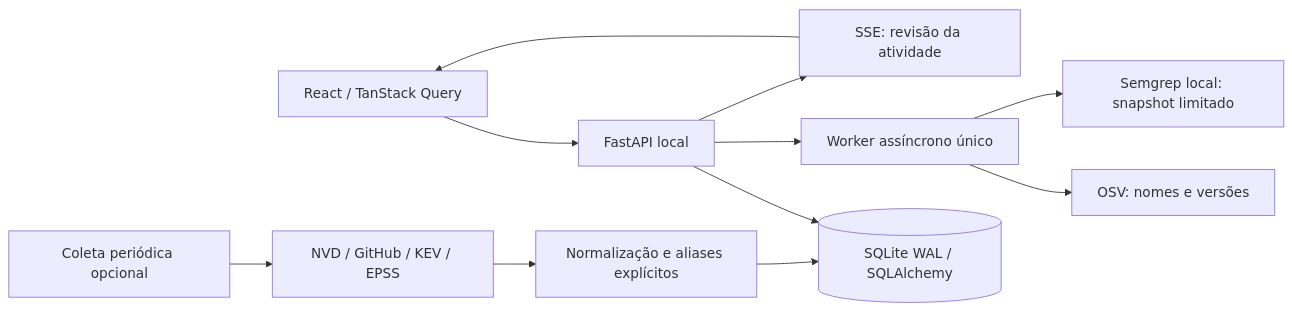
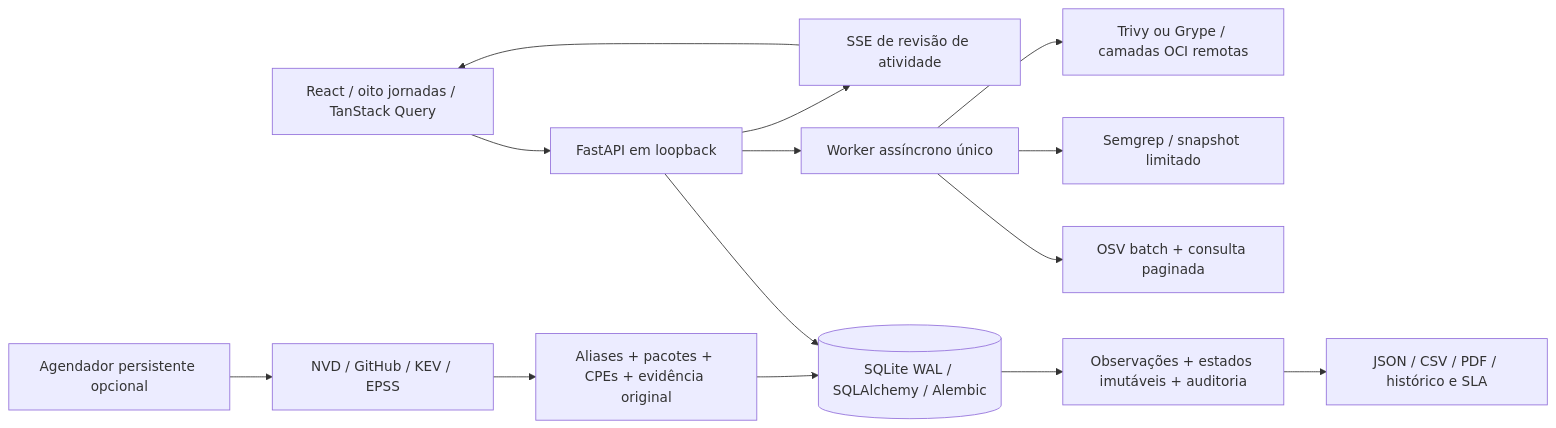
Before and after one commit to Ivomsantiago/VulnRadar: the diagram in docs/ARCHITECTURE.md, drawn with Mermaid. The commit also changed other lines of this file and 88 other files, not shown here.

````diff
--- a/docs/ARCHITECTURE.md
+++ b/docs/ARCHITECTURE.md
@@ -3,13 +3,16 @@
 ```mermaid
 flowchart LR
-  UI[React / TanStack Query] --> API[FastAPI local]
-  API --> DB[(SQLite WAL / SQLAlchemy)]
+  UI[React / oito jornadas / TanStack Query] --> API[FastAPI em loopback]
+  API --> DB[(SQLite WAL / SQLAlchemy / Alembic)]
   API --> Jobs[Worker assíncrono único]
-  Jobs --> OSV[OSV: nomes e versões]
-  Jobs --> SAST[Semgrep local: snapshot limitado]
-  Poll[Coleta periódica opcional] --> Sources[NVD / GitHub / KEV / EPSS]
-  Sources --> Normalize[Normalização e aliases explícitos]
+  Jobs --> OSV[OSV batch + consulta paginada]
+  Jobs --> SAST[Semgrep / snapshot limitado]
+  Jobs --> OCI[Trivy ou Grype / camadas OCI remotas]
+  Poll[Agendador persistente opcional] --> Sources[NVD / GitHub / KEV / EPSS]
+  Sources --> Normalize[Aliases + pacotes + CPEs + evidência original]
   Normalize --> DB
-  API --> SSE[SSE: revisão da atividade]
+  DB --> History[Observações + estados imutáveis + auditoria]
+  History --> Reports[JSON / CSV / PDF / histórico e SLA]
+  API --> SSE[SSE de revisão de atividade]
   SSE --> UI
 ```
````
